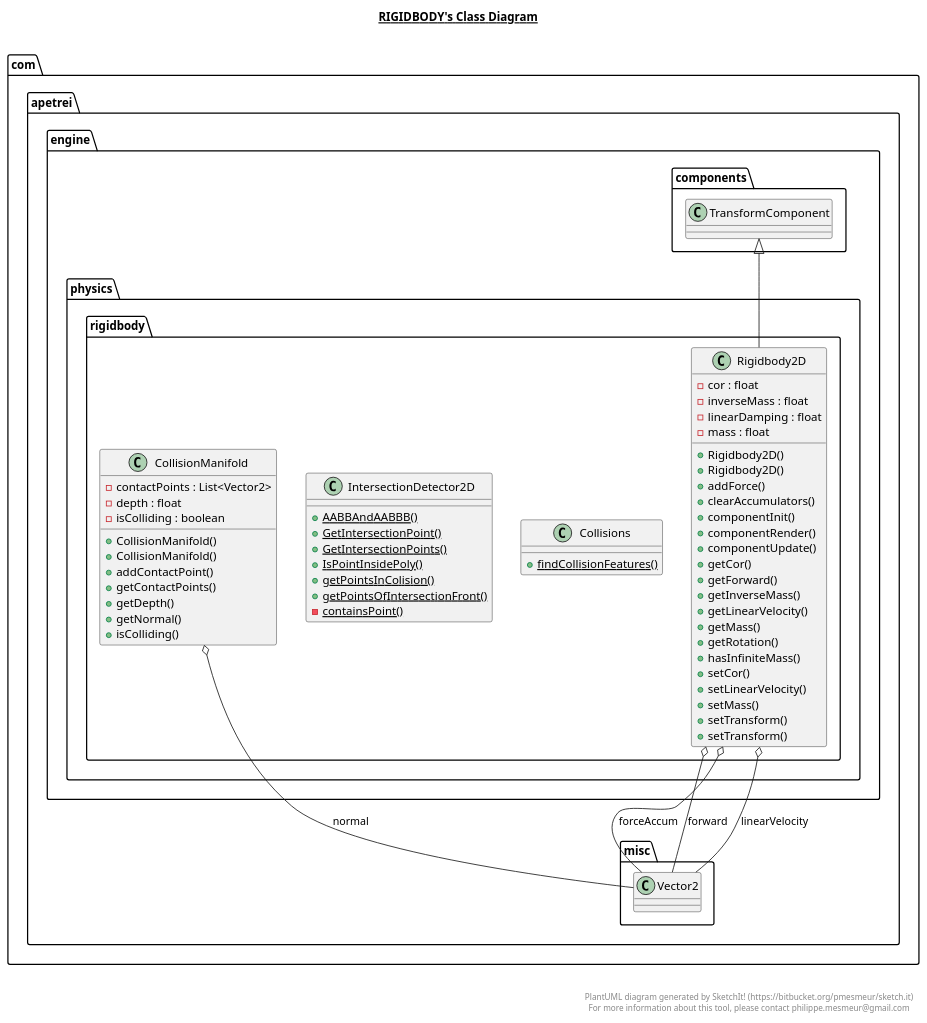
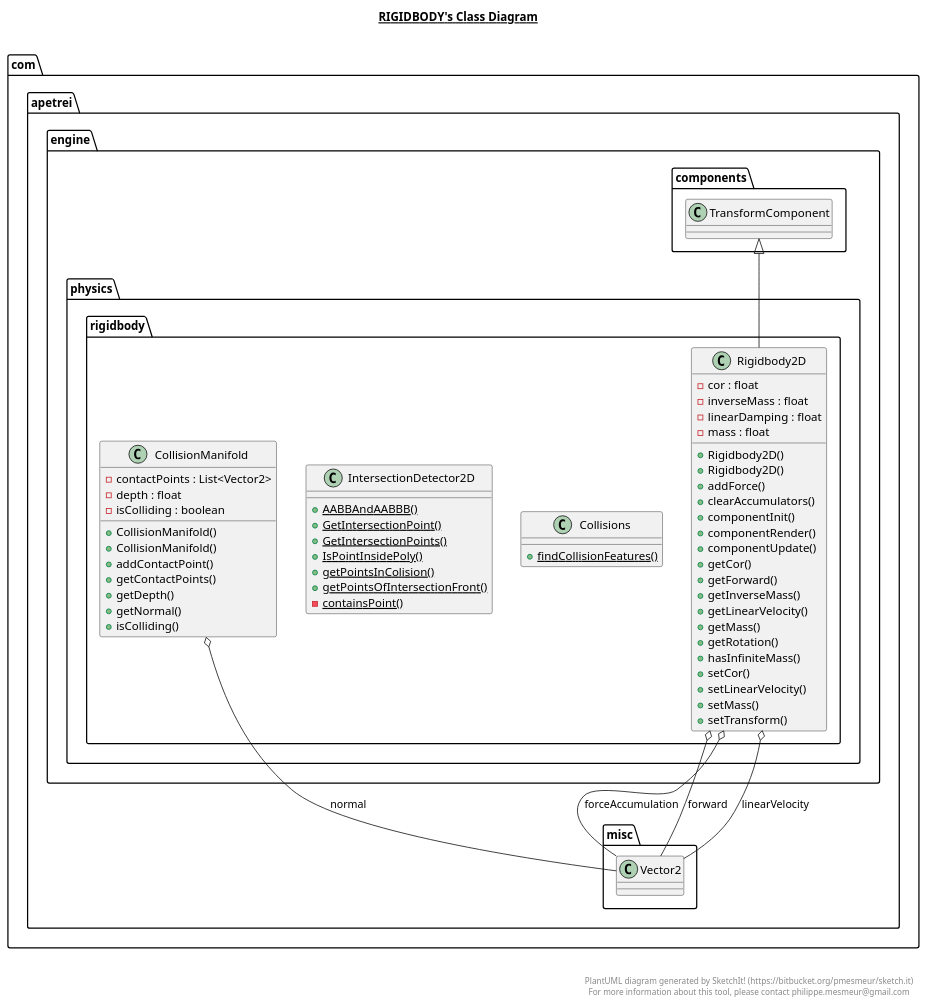
One commit to TheWiseWolfy/Wild-Sky changed the diagram in src/com/apetrei/engine/physics/rigidbody/rigidbody.plantuml. Above: the diagram before and after it, drawn with PlantUML. The commit also changed 61 other files, not shown here.

```diff
--- a/src/com/apetrei/engine/physics/rigidbody/rigidbody.plantuml
+++ b/src/com/apetrei/engine/physics/rigidbody/rigidbody.plantuml
@@ -1,100 +1,99 @@
 @startuml
 
 title __RIGIDBODY's Class Diagram__\n
 
   namespace com.apetrei.engine {
     namespace physics {
       namespace rigidbody {
         class com.apetrei.engine.physics.rigidbody.CollisionManifold {
             - contactPoints : List<Vector2>
             - depth : float
             - isColliding : boolean
             + CollisionManifold()
             + CollisionManifold()
             + addContactPoint()
             + getContactPoints()
             + getDepth()
             + getNormal()
             + isColliding()
         }
       }
     }
   }
   
 
   namespace com.apetrei.engine {
     namespace physics {
       namespace rigidbody {
         class com.apetrei.engine.physics.rigidbody.Collisions {
             {static} + findCollisionFeatures()
         }
       }
     }
   }
   
 
   namespace com.apetrei.engine {
     namespace physics {
       namespace rigidbody {
         class com.apetrei.engine.physics.rigidbody.IntersectionDetector2D {
             {static} + AABBAndAABBB()
             {static} + GetIntersectionPoint()
             {static} + GetIntersectionPoints()
             {static} + IsPointInsidePoly()
             {static} + getPointsInColision()
             {static} + getPointsOfIntersectionFront()
             {static} - containsPoint()
         }
       }
     }
   }
   
 
   namespace com.apetrei.engine {
     namespace physics {
       namespace rigidbody {
         class com.apetrei.engine.physics.rigidbody.Rigidbody2D {
             - cor : float
             - inverseMass : float
             - linearDamping : float
             - mass : float
             + Rigidbody2D()
             + Rigidbody2D()
             + addForce()
             + clearAccumulators()
             + componentInit()
             + componentRender()
             + componentUpdate()
             + getCor()
             + getForward()
             + getInverseMass()
             + getLinearVelocity()
             + getMass()
             + getRotation()
             + hasInfiniteMass()
             + setCor()
             + setLinearVelocity()
             + setMass()
             + setTransform()
-            + setTransform()
         }
       }
     }
   }
   
 
   com.apetrei.engine.physics.rigidbody.CollisionManifold o-- com.apetrei.misc.Vector2 : normal
   com.apetrei.engine.physics.rigidbody.Rigidbody2D -up-|> com.apetrei.engine.components.TransformComponent
-  com.apetrei.engine.physics.rigidbody.Rigidbody2D o-- com.apetrei.misc.Vector2 : forceAccum
+  com.apetrei.engine.physics.rigidbody.Rigidbody2D o-- com.apetrei.misc.Vector2 : forceAccumulation
   com.apetrei.engine.physics.rigidbody.Rigidbody2D o-- com.apetrei.misc.Vector2 : forward
   com.apetrei.engine.physics.rigidbody.Rigidbody2D o-- com.apetrei.misc.Vector2 : linearVelocity
 
 
 right footer
 
 
 PlantUML diagram generated by SketchIt! (https://bitbucket.org/pmesmeur/sketch.it)
 For more information about this tool, please contact philippe.mesmeur@gmail.com
 endfooter
 
 @enduml
```
